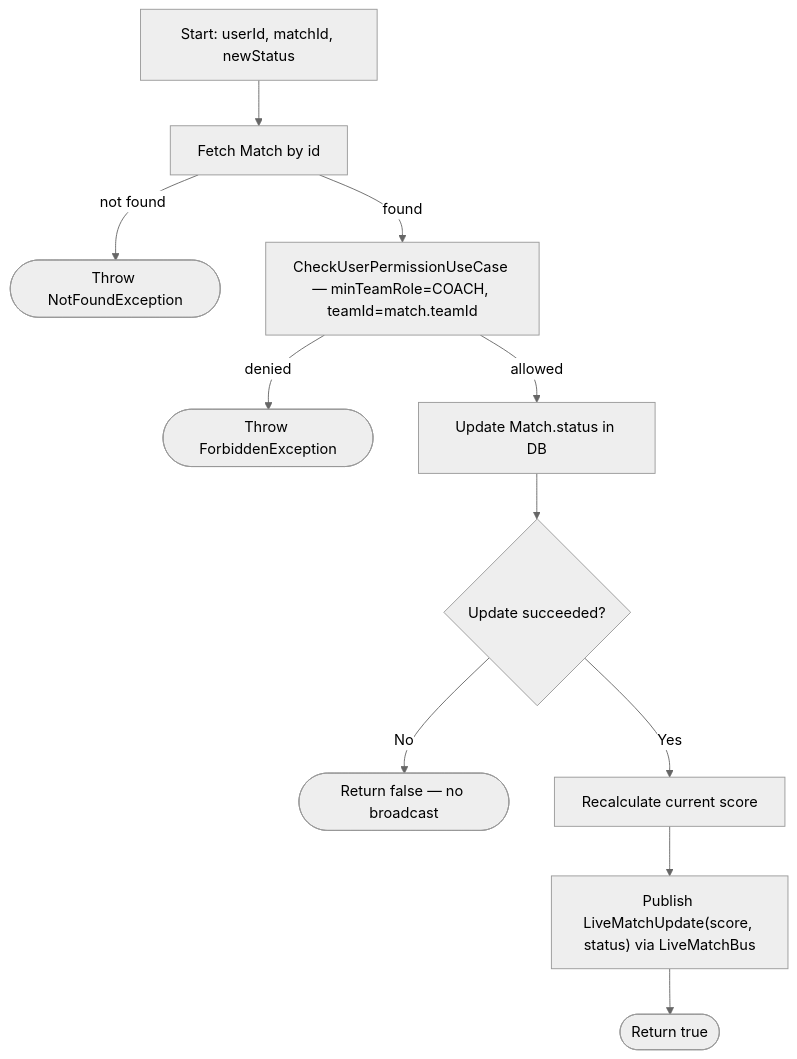
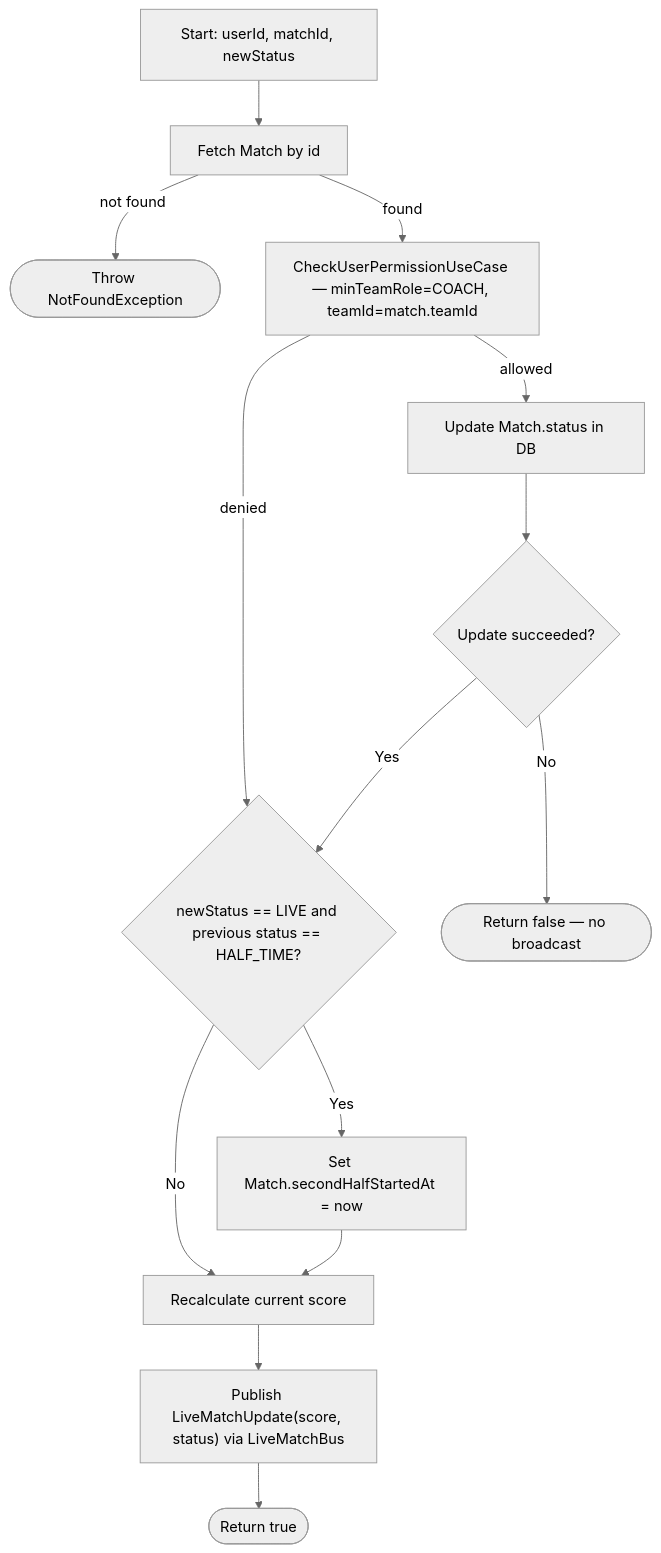
Diagram 38 of 44 in PROCESS_FLOWS.md (ricardofrango/squadify), drawn with Mermaid (neutral theme) before and after one commit. The commit also changed other lines of this file and 9 other files, not shown here.

First line of the commit message:
Persist match kickoff time so the live clock survives navigation

````diff
--- a/PROCESS_FLOWS.md
+++ b/PROCESS_FLOWS.md
@@ -740,13 +740,16 @@
 ```mermaid
 graph TD
     A[Start: userId, matchId, newStatus] --> B[Fetch Match by id]
     B -- not found --> N(["Throw NotFoundException"])
     B -- found --> C[CheckUserPermissionUseCase — minTeamRole=COACH, teamId=match.teamId]
     C -- denied --> F(["Throw ForbiddenException"])
     C -- allowed --> D[Update Match.status in DB]
     D --> E{Update succeeded?}
     E -- No --> R1(["Return false — no broadcast"])
-    E -- Yes --> G[Recalculate current score]
+    E -- Yes --> F{"newStatus == LIVE and previous status == HALF_TIME?"}
+    F -- Yes --> F2["Set Match.secondHalfStartedAt = now"]
+    F -- No --> G
+    F2 --> G[Recalculate current score]
     G --> H["Publish LiveMatchUpdate(score, status) via LiveMatchBus"]
     H --> R2(["Return true"])
 ```
````
